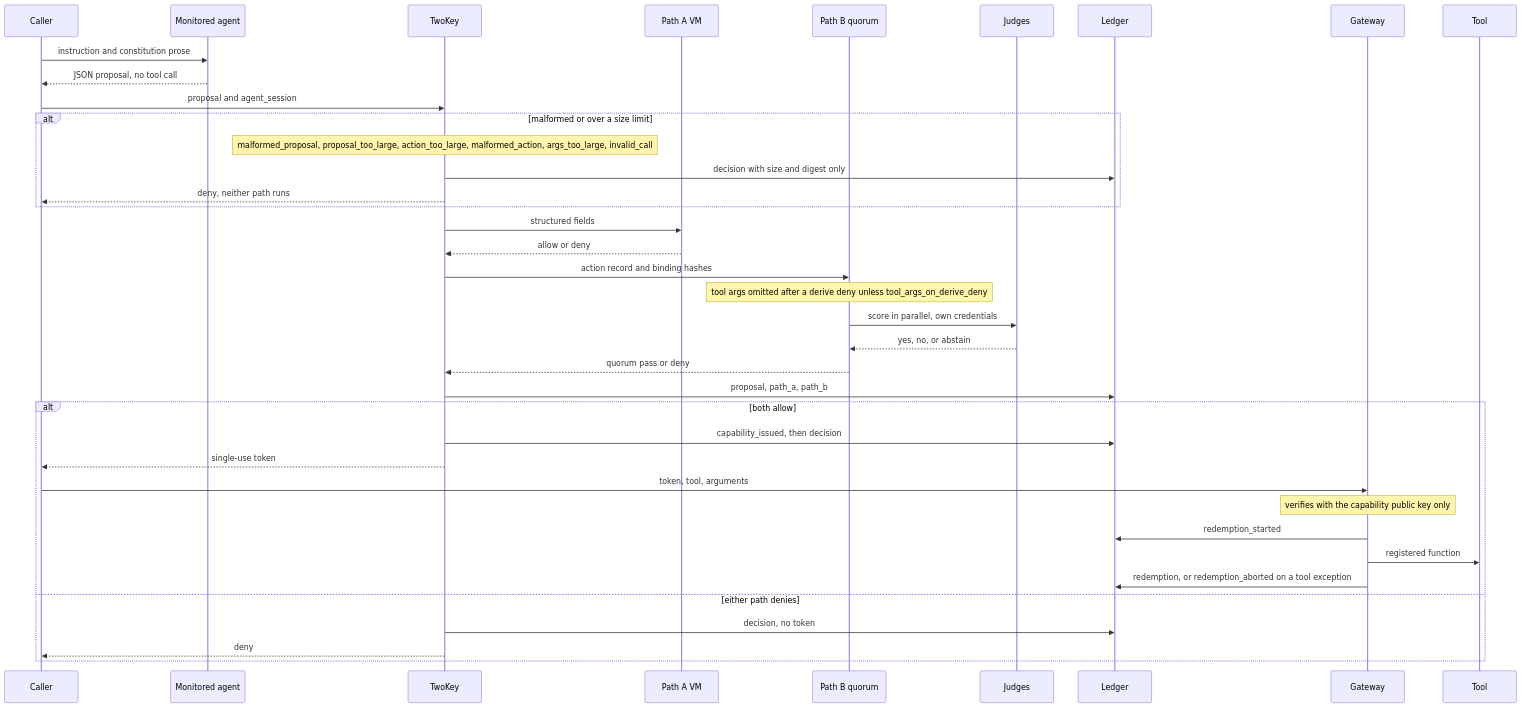
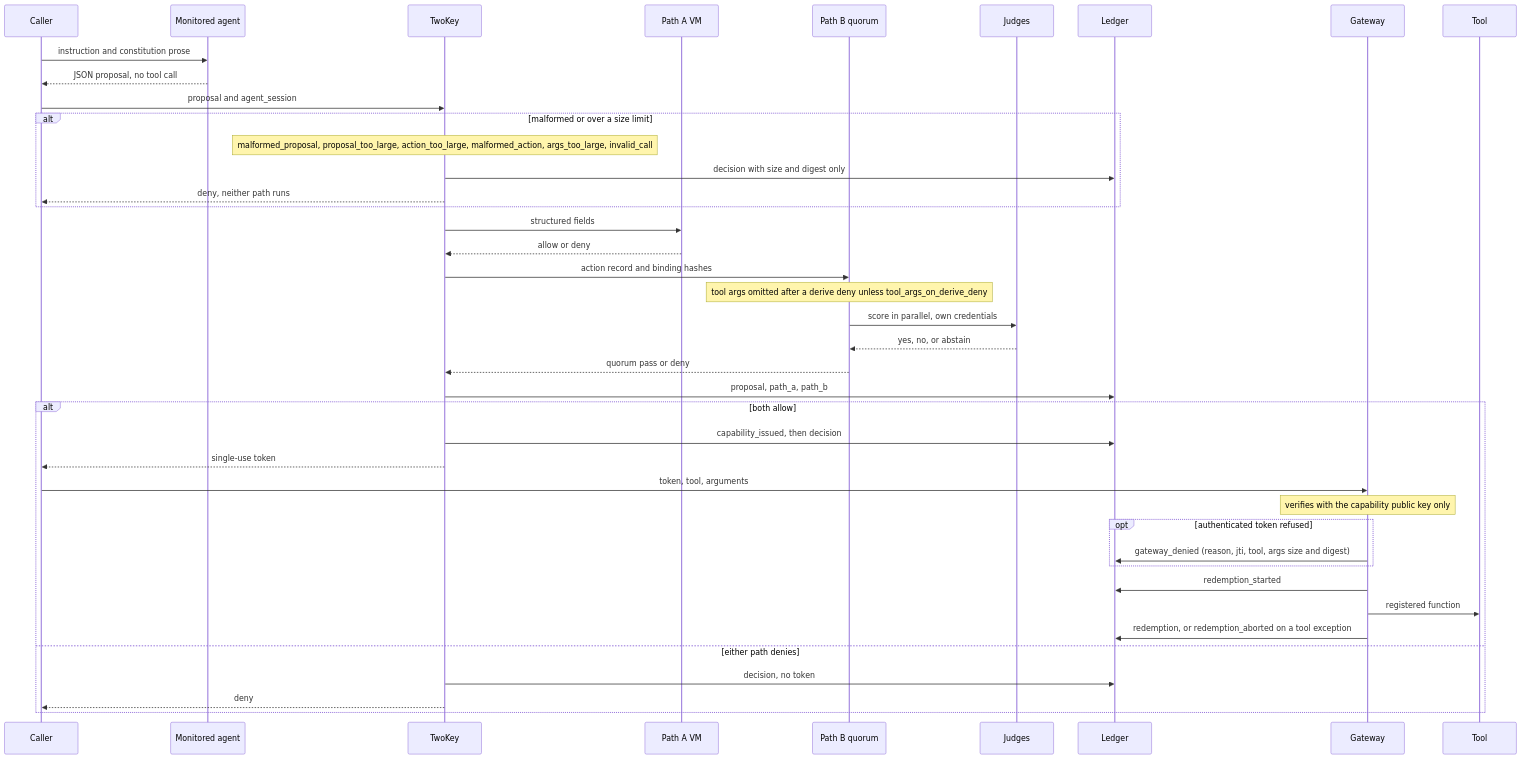
Before and after one commit to Insomniac-VibeLabs/two-key-concept: the second of 2 diagrams in README.md, drawn with Mermaid. The commit also changed 4 other files, not shown here.

Commit message:
Ledger gateway refusals of authenticated tokens as gateway_denied with the reason, tool, and argument size and digest only.

````diff
--- a/README.md
+++ b/README.md
@@ -176,41 +176,44 @@
 ```mermaid
 sequenceDiagram
   participant Caller
   participant Agent as Monitored agent
   participant TwoKey
   participant PathA as Path A VM
   participant PathB as Path B quorum
   participant Judge as Judges
   participant Ledger
   participant Gateway
   participant Tool
 
   Caller->>Agent: instruction and constitution prose
   Agent-->>Caller: JSON proposal, no tool call
   Caller->>TwoKey: proposal and agent_session
   alt malformed or over a size limit
     Note over TwoKey: malformed_proposal, proposal_too_large, action_too_large, malformed_action, args_too_large, invalid_call
     TwoKey->>Ledger: decision with size and digest only
     TwoKey-->>Caller: deny, neither path runs
   end
   TwoKey->>PathA: structured fields
   PathA-->>TwoKey: allow or deny
   TwoKey->>PathB: action record and binding hashes
   Note over PathB: tool args omitted after a derive deny unless tool_args_on_derive_deny
   PathB->>Judge: score in parallel, own credentials
   Judge-->>PathB: yes, no, or abstain
   PathB-->>TwoKey: quorum pass or deny
   TwoKey->>Ledger: proposal, path_a, path_b
   alt both allow
     TwoKey->>Ledger: capability_issued, then decision
     TwoKey-->>Caller: single-use token
     Caller->>Gateway: token, tool, arguments
     Note over Gateway: verifies with the capability public key only
+    opt authenticated token refused
+      Gateway->>Ledger: gateway_denied (reason, jti, tool, args size and digest)
+    end
     Gateway->>Ledger: redemption_started
     Gateway->>Tool: registered function
     Gateway->>Ledger: redemption, or redemption_aborted on a tool exception
   else either path denies
     TwoKey->>Ledger: decision, no token
     TwoKey-->>Caller: deny
   end
 ```
````
